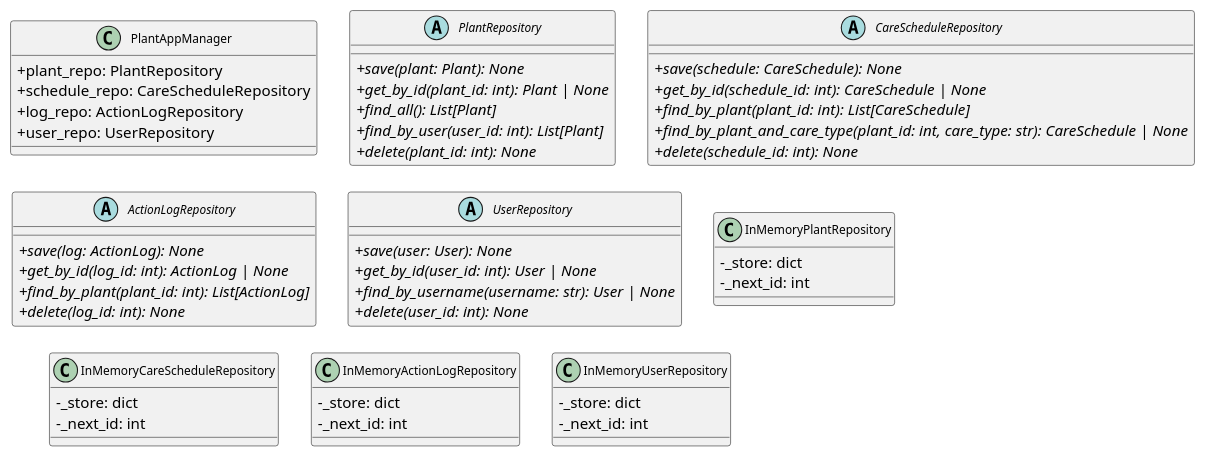
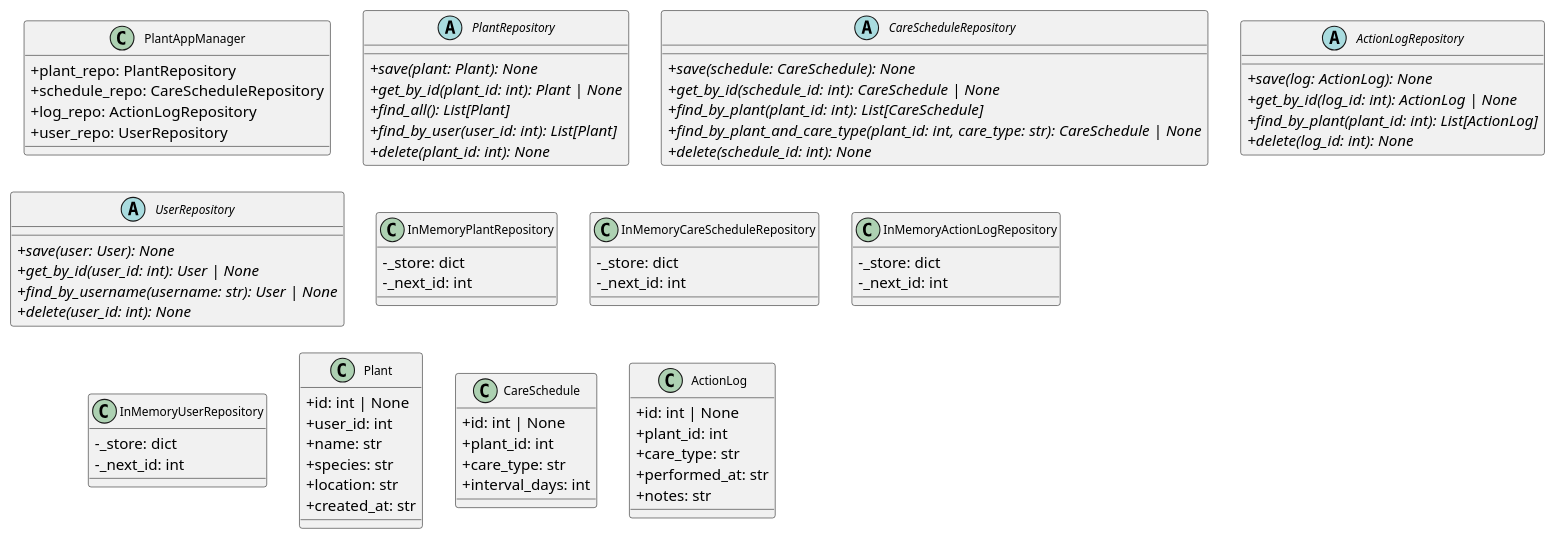
The diagram in diagrams/us4_repository_pattern.puml (Annika-Ostendorp/pflanzenkalender-teil-2), drawn with PlantUML before and after one commit.

Commit message:
Added model  classes to tr diagram

```diff
--- a/diagrams/us4_repository_pattern.puml
+++ b/diagrams/us4_repository_pattern.puml
@@ -1,72 +1,98 @@
 @startuml repository-pattern
 skinparam classAttributeIconSize 0
 skinparam classFontSize 11
 skinparam nodesep 30
 skinparam ranksep 25
 top to bottom direction
 
 
 class PlantAppManager {
   +plant_repo: PlantRepository
   +schedule_repo: CareScheduleRepository
   +log_repo: ActionLogRepository
   +user_repo: UserRepository
 }
 
 
 abstract class PlantRepository {
   {abstract} +save(plant: Plant): None
   {abstract} +get_by_id(plant_id: int): Plant | None
   {abstract} +find_all(): List[Plant]
   {abstract} +find_by_user(user_id: int): List[Plant]
   {abstract} +delete(plant_id: int): None
 }
 
 
 abstract class CareScheduleRepository {
   {abstract} +save(schedule: CareSchedule): None
   {abstract} +get_by_id(schedule_id: int): CareSchedule | None
   {abstract} +find_by_plant(plant_id: int): List[CareSchedule]
   {abstract} +find_by_plant_and_care_type(plant_id: int, care_type: str): CareSchedule | None
   {abstract} +delete(schedule_id: int): None
 }
 
 
 abstract class ActionLogRepository {
   {abstract} +save(log: ActionLog): None
   {abstract} +get_by_id(log_id: int): ActionLog | None
   {abstract} +find_by_plant(plant_id: int): List[ActionLog]
   {abstract} +delete(log_id: int): None
 }
 
 abstract class UserRepository {
   {abstract} +save(user: User): None
   {abstract} +get_by_id(user_id: int): User | None
   {abstract} +find_by_username(username: str): User | None
   {abstract} +delete(user_id: int): None
 }
 
 class InMemoryPlantRepository {
   -_store: dict
   -_next_id: int
 }
 
 
 class InMemoryCareScheduleRepository {
   -_store: dict
   -_next_id: int
 }
 
 
 class InMemoryActionLogRepository {
   -_store: dict
   -_next_id: int
 }
 
 class InMemoryUserRepository {
   -_store: dict
   -_next_id: int
 }
 
 
+class Plant {
+  +id: int | None
+  +user_id: int
+  +name: str
+  +species: str
+  +location: str
+  +created_at: str
+}
+
+class CareSchedule {
+  +id: int | None
+  +plant_id: int
+  +care_type: str
+  +interval_days: int
+}
+
+
+class ActionLog {
+  +id: int | None
+  +plant_id: int
+  +care_type: str
+  +performed_at: str
+  +notes: str
+}
+
+
 @enduml
```
